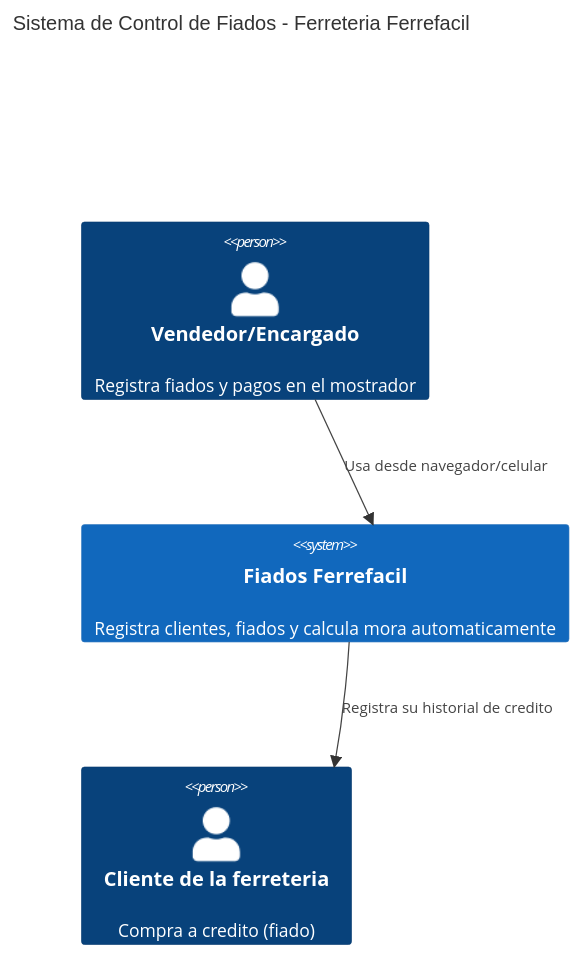
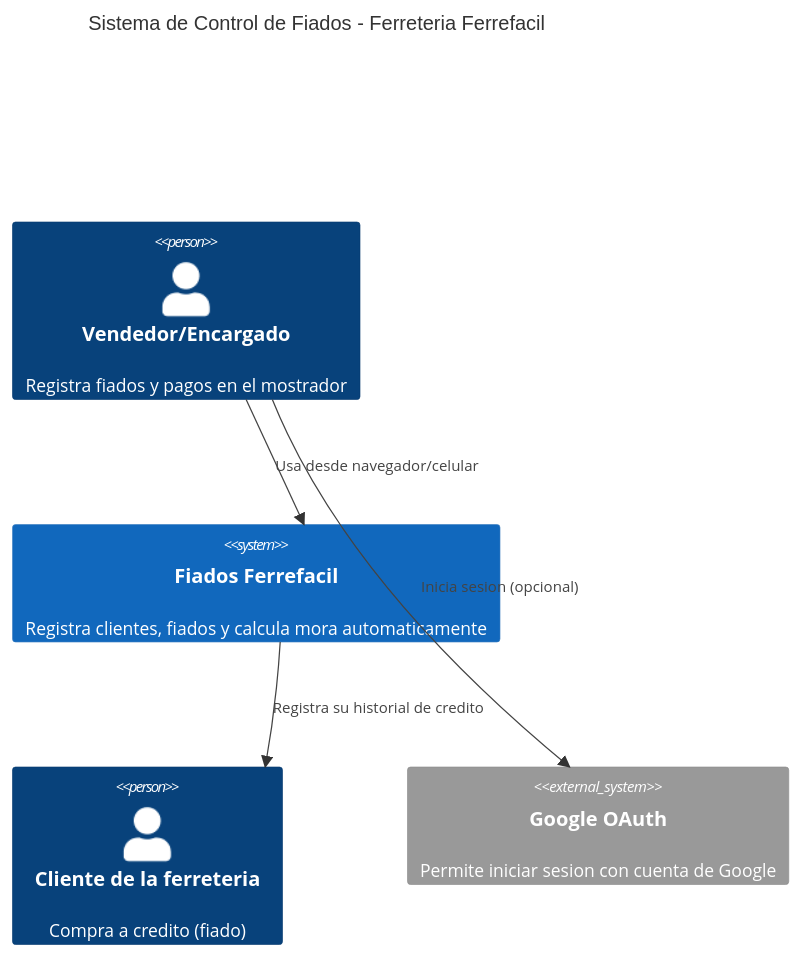
Before and after one commit to JosberHnz/ferrefacil-fiados: the first of 2 diagrams in docs/arquitectura.md, drawn with Mermaid. The commit also changed other lines of this file and 2 other files, not shown here.

````diff
--- a/docs/arquitectura.md
+++ b/docs/arquitectura.md
@@ -5,11 +5,13 @@
 ```mermaid
 C4Context
 title Sistema de Control de Fiados - Ferreteria Ferrefacil
 
 Person(vendedor, "Vendedor/Encargado", "Registra fiados y pagos en el mostrador")
 System(sistema, "Fiados Ferrefacil", "Registra clientes, fiados y calcula mora automaticamente")
 Person(cliente, "Cliente de la ferreteria", "Compra a credito (fiado)")
+System_Ext(google, "Google OAuth", "Permite iniciar sesion con cuenta de Google")
 
 Rel(vendedor, sistema, "Usa desde navegador/celular")
+Rel(vendedor, google, "Inicia sesion (opcional)")
 Rel(sistema, cliente, "Registra su historial de credito")
 ```
````
